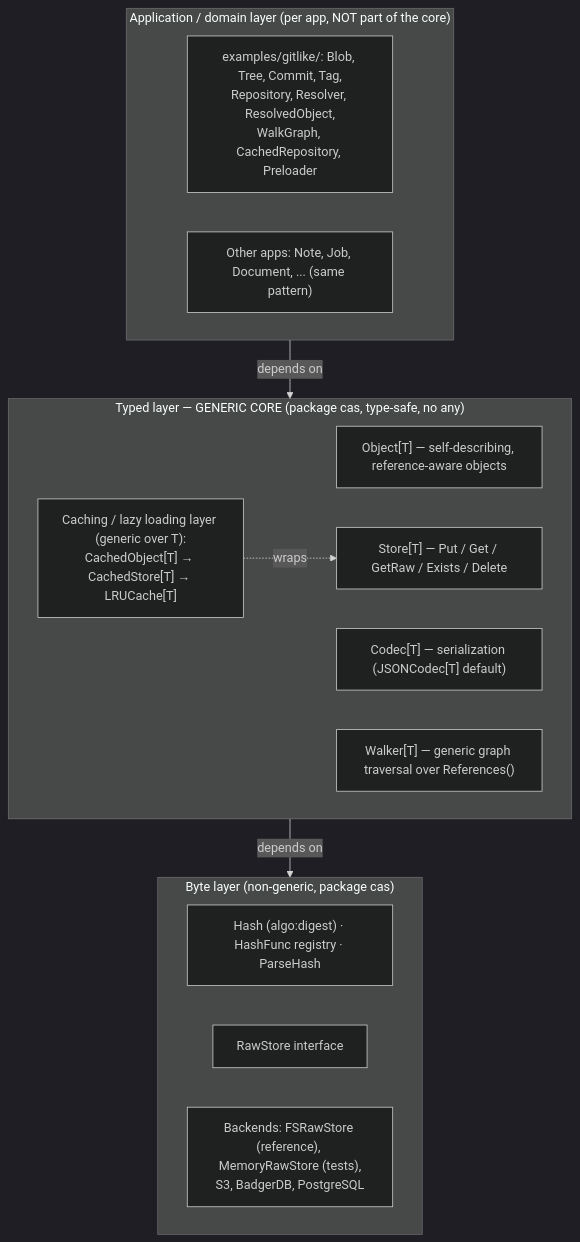
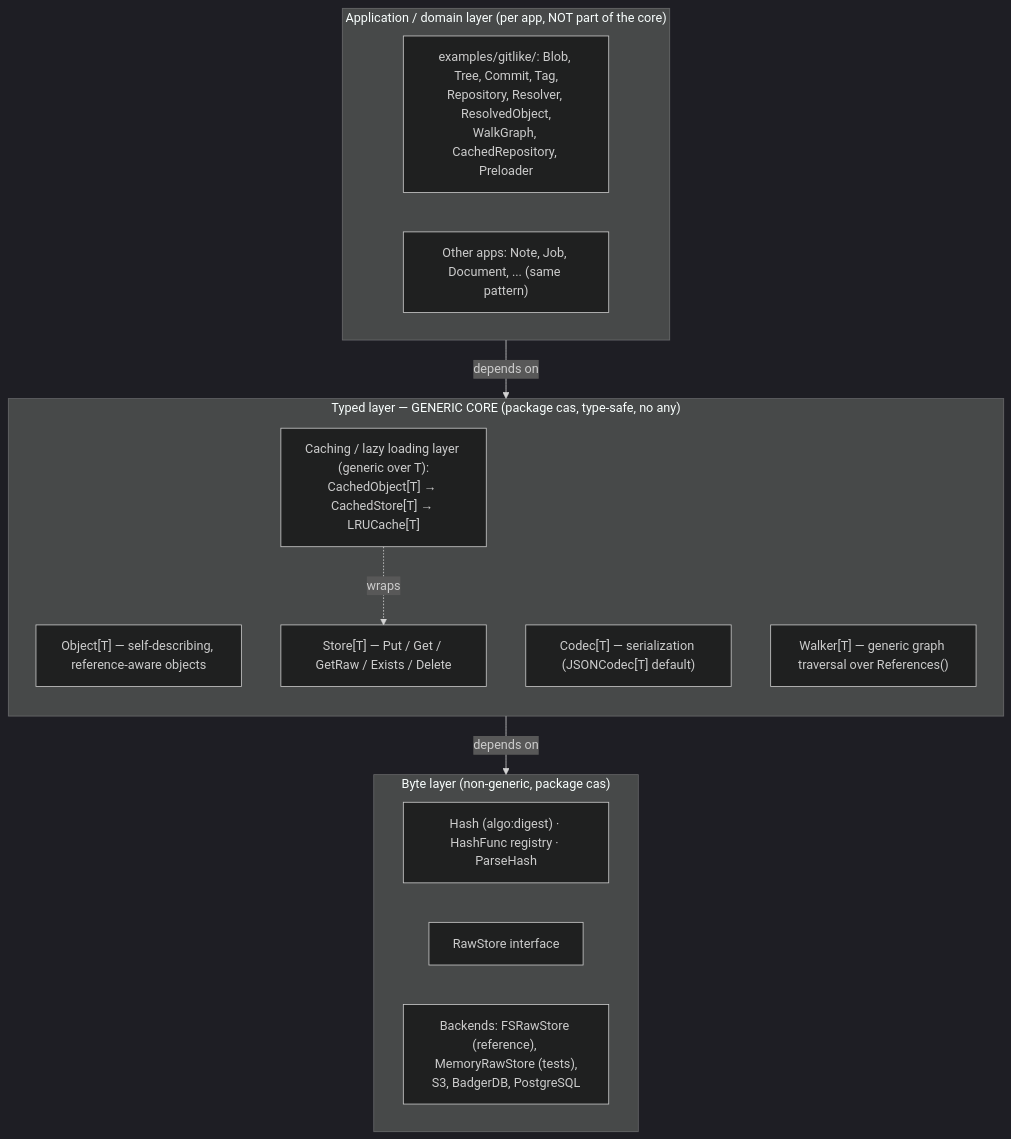
Before and after one commit to dmundt/go-cask: the first of 7 diagrams in .github/instructions/cas-core.instructions.md, drawn with Mermaid (dark theme).

Commit message:
docs: orient cas-core §3.1 layer contents per band
Give each layer's contents its own internal flow direction inside the
subgraph (mermaid subgraph `direction`, supported since v10.3.0):
application band is horizontal (LR), typed band is vertical (TB), byte
band is horizontal (LR). The three subgraphs still stack top-to-bottom
via the APP --> TYPED --> BYTE links.

cas-core stays v15: layout-only.

````diff
--- a/.github/instructions/cas-core.instructions.md
+++ b/.github/instructions/cas-core.instructions.md
@@ -90,25 +90,28 @@
 ```mermaid
 flowchart TB
     subgraph APP["Application / domain layer (per app, NOT part of the core)"]
+        direction LR
         GITLIKE["examples/gitlike/: Blob, Tree, Commit, Tag,<br/>Repository, Resolver, ResolvedObject,<br/>WalkGraph, CachedRepository, Preloader"]
         OTHER["Other apps: Note, Job, Document, ... (same pattern)"]
     end
 
     subgraph TYPED["Typed layer — GENERIC CORE (package cas, type-safe, no any)"]
+        direction TB
         OBJECT["Object[T] — self-describing, reference-aware objects"]
         CODEC["Codec[T] — serialization (JSONCodec[T] default)"]
         STORE["Store[T] — Put / Get / GetRaw / Exists / Delete"]
         WALKER["Walker[T] — generic graph traversal over References()"]
         CACHE["Caching / lazy loading layer (generic over T):<br/>CachedObject[T] → CachedStore[T] → LRUCache[T]"]
         CACHE -. "wraps" .-> STORE
     end
 
     subgraph BYTE["Byte layer (non-generic, package cas)"]
+        direction LR
         HASH["Hash (algo:digest) · HashFunc registry · ParseHash"]
         RAW["RawStore interface"]
         BACKENDS["Backends: FSRawStore (reference), MemoryRawStore (tests),<br/>S3, BadgerDB, PostgreSQL"]
     end
 
     APP -->|"depends on"| TYPED
     TYPED -->|"depends on"| BYTE
 ```
````
